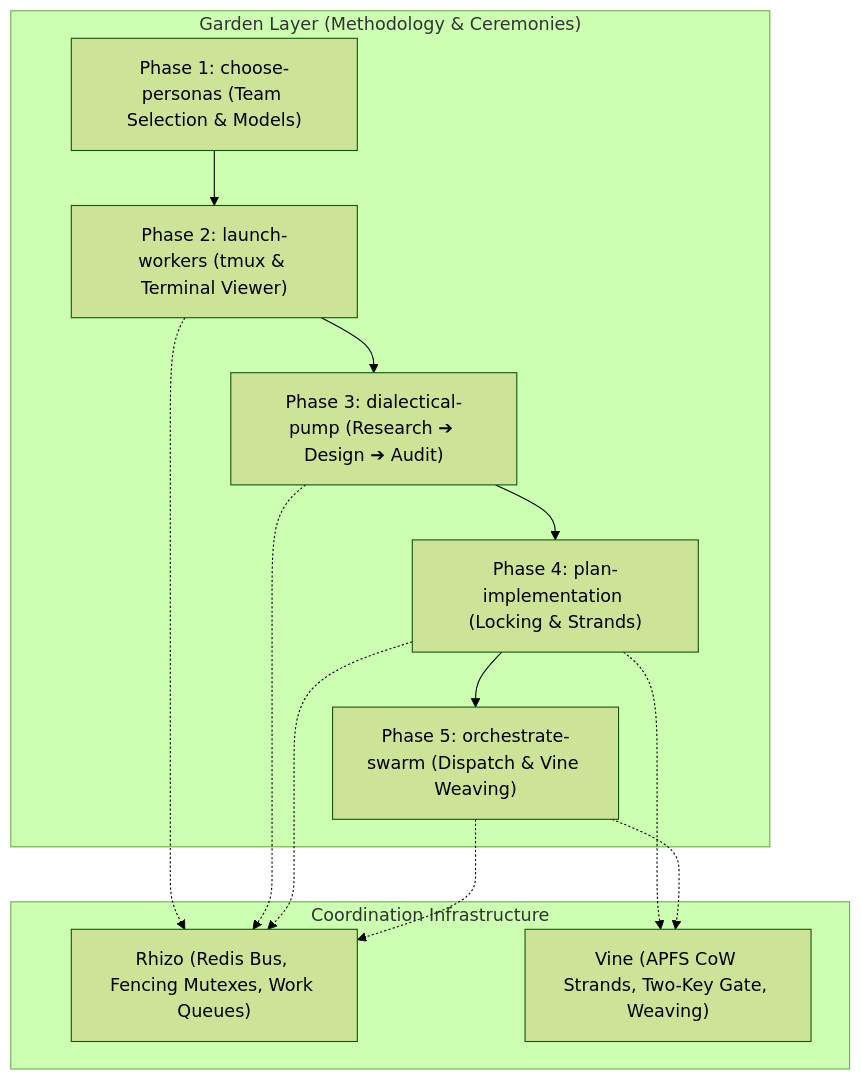
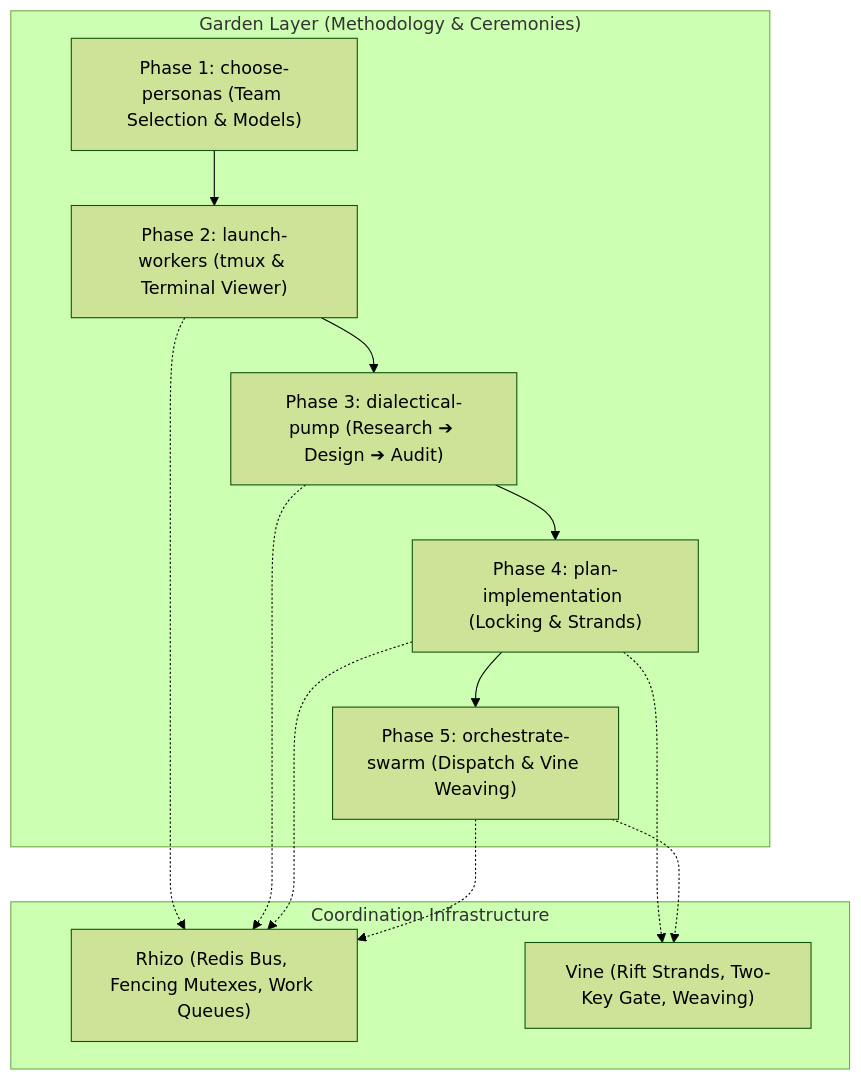
One commit to axiomantic/garden changed the diagram in SKILL.md. Above: the diagram before and after it, drawn with Mermaid (forest theme). The commit also changed other lines of this file and 7 other files, not shown here.

````diff
--- a/SKILL.md
+++ b/SKILL.md
@@ -34,21 +24,21 @@
 ```mermaid
 flowchart TD
     subgraph Garden["Garden Layer (Methodology & Ceremonies)"]
         Phase1["Phase 1: choose-personas (Team Selection & Models)"]
         Phase2["Phase 2: launch-workers (tmux & Terminal Viewer)"]
         Phase3["Phase 3: dialectical-pump (Research ➔ Design ➔ Audit)"]
         Phase4["Phase 4: plan-implementation (Locking & Strands)"]
         Phase5["Phase 5: orchestrate-swarm (Dispatch & Vine Weaving)"]
     end
 
     subgraph Infrastructure["Coordination Infrastructure"]
         Rhizo["Rhizo (Redis Bus, Fencing Mutexes, Work Queues)"]
-        Vine["Vine (APFS CoW Strands, Two-Key Gate, Weaving)"]
+        Vine["Vine (Rift Strands, Two-Key Gate, Weaving)"]
     end
 
     Phase1 --> Phase2 --> Phase3 --> Phase4 --> Phase5
     Phase2 -.-> Rhizo
     Phase3 -.-> Rhizo
     Phase4 -.-> Rhizo & Vine
     Phase5 -.-> Rhizo & Vine
 ```
````
